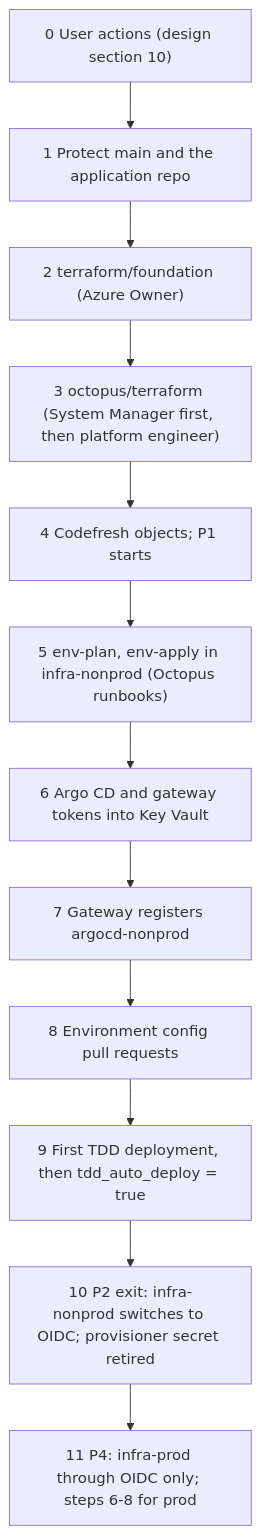
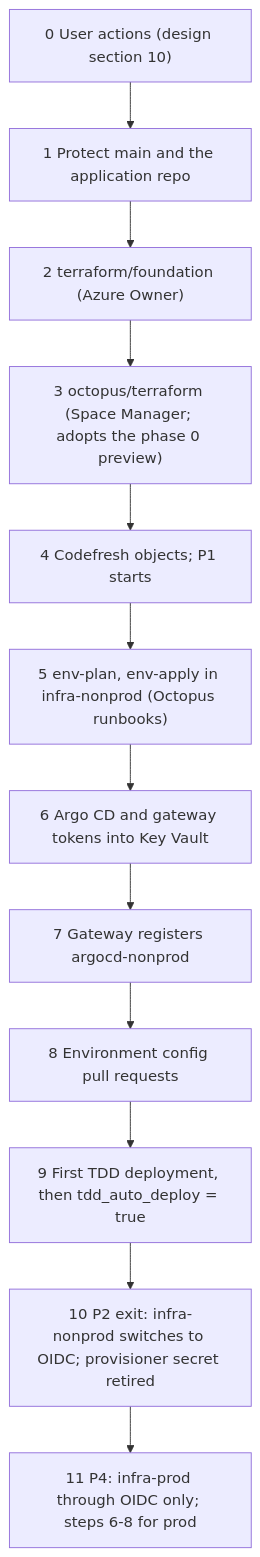
The diagram in docs/bootstrap.md (clearmeasure-aisf-sample-apps/basic-environment-octopus-codefresh), drawn with Mermaid before and after one commit. The commit also changed other lines of this file and 31 other files, not shown here.

First line of the commit message:
Use the single Space Manager key everywhere (ADR-IR32)

````diff
--- a/docs/bootstrap.md
+++ b/docs/bootstrap.md
@@ -29,14 +29,14 @@
 ```mermaid
 flowchart TD
     s0["0 User actions (design section 10)"] --> s1["1 Protect main and the application repo"]
     s1 --> s2["2 terraform/foundation (Azure Owner)"]
-    s2 --> s3["3 octopus/terraform (System Manager first, then platform engineer)"]
+    s2 --> s3["3 octopus/terraform (Space Manager; adopts the phase 0 preview)"]
     s3 --> s4["4 Codefresh objects; P1 starts"]
     s4 --> s5["5 env-plan, env-apply in infra-nonprod (Octopus runbooks)"]
     s5 --> s6["6 Argo CD and gateway tokens into Key Vault"]
     s6 --> s7["7 Gateway registers argocd-nonprod"]
     s7 --> s8["8 Environment config pull requests"]
     s8 --> s9["9 First TDD deployment, then tdd_auto_deploy = true"]
     s9 --> s10["10 P2 exit: infra-nonprod switches to OIDC; provisioner secret retired"]
     s10 --> s11["11 P4: infra-prod through OIDC only; steps 6-8 for prod"]
 ```
````
